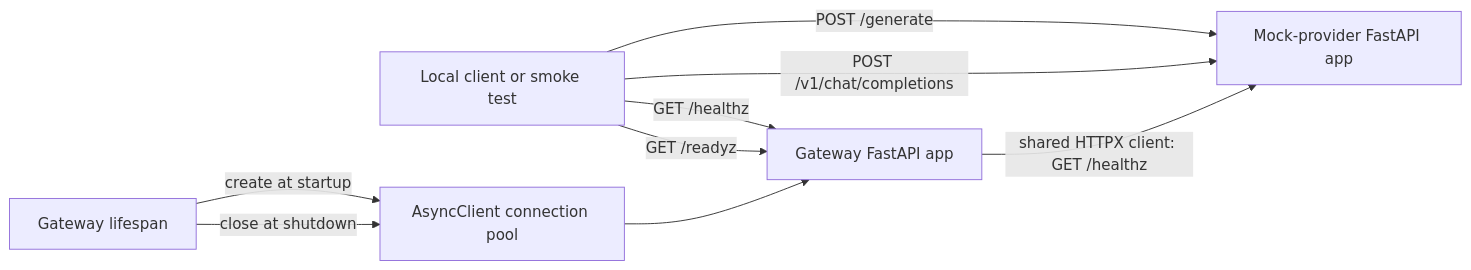
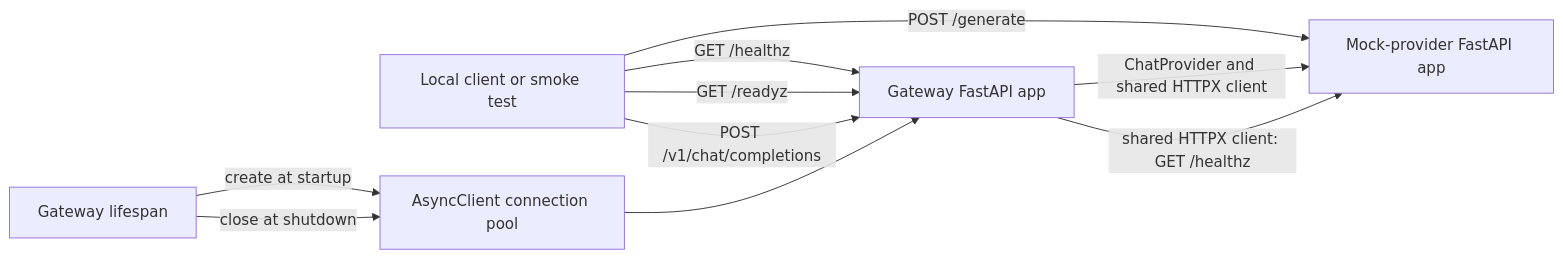
Before and after one commit to ompatelz/SwitchBoard: the diagram in docs/architecture.md, drawn with Mermaid. The commit also changed other lines of this file and 17 other files, not shown here.

````diff
--- a/docs/architecture.md
+++ b/docs/architecture.md
@@ -29,11 +31,12 @@
 ```mermaid
 flowchart LR
     C[Local client or smoke test] -->|GET /healthz| G[Gateway FastAPI app]
     C -->|GET /readyz| G
     C -->|POST /generate| M[Mock-provider FastAPI app]
-    C -->|POST /v1/chat/completions| M
+    C -->|POST /v1/chat/completions| G
+    G -->|ChatProvider and shared HTTPX client| M
     G -->|shared HTTPX client: GET /healthz| M
     L[Gateway lifespan] -->|create at startup| H[AsyncClient connection pool]
     H --> G
     L -->|close at shutdown| H
 ```
````
